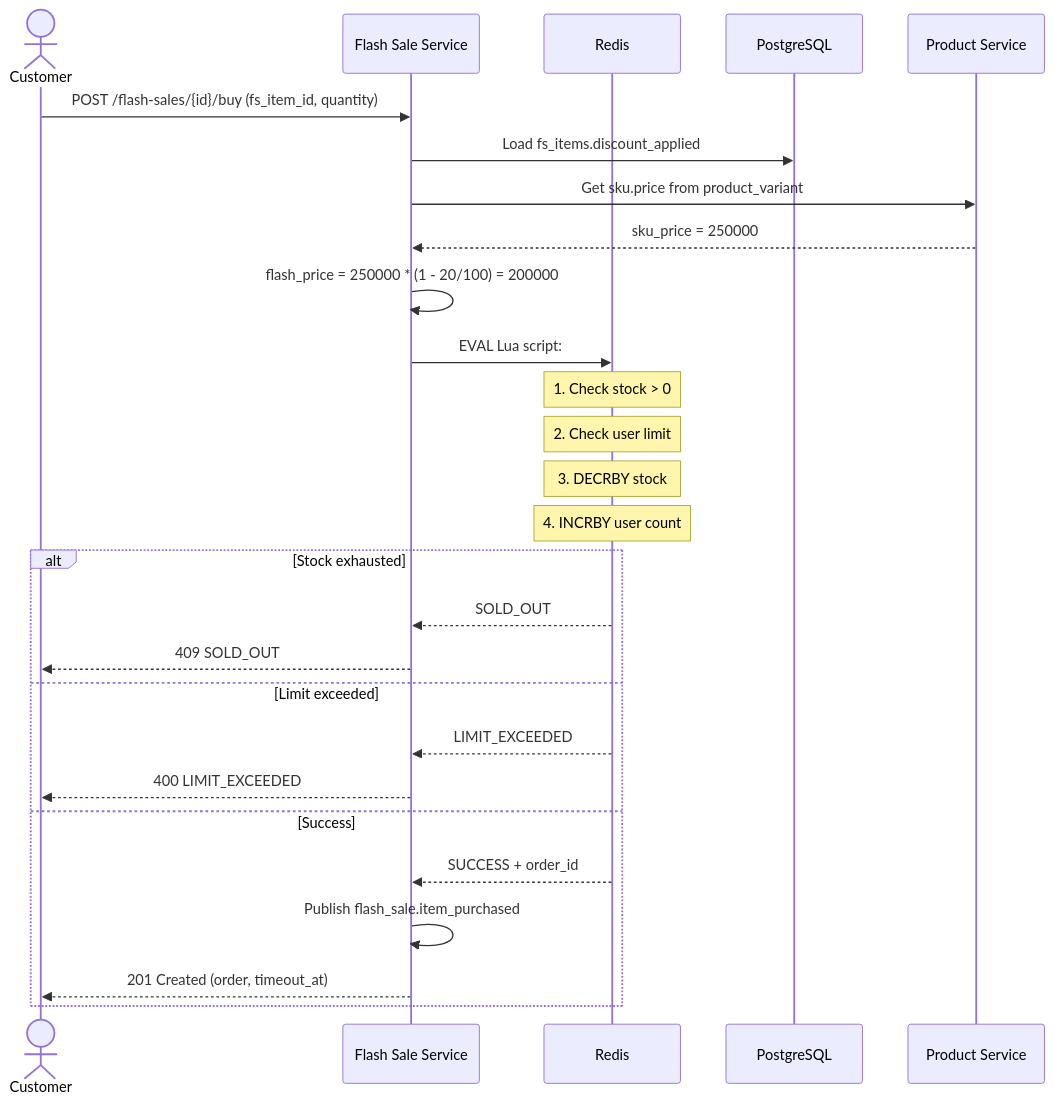
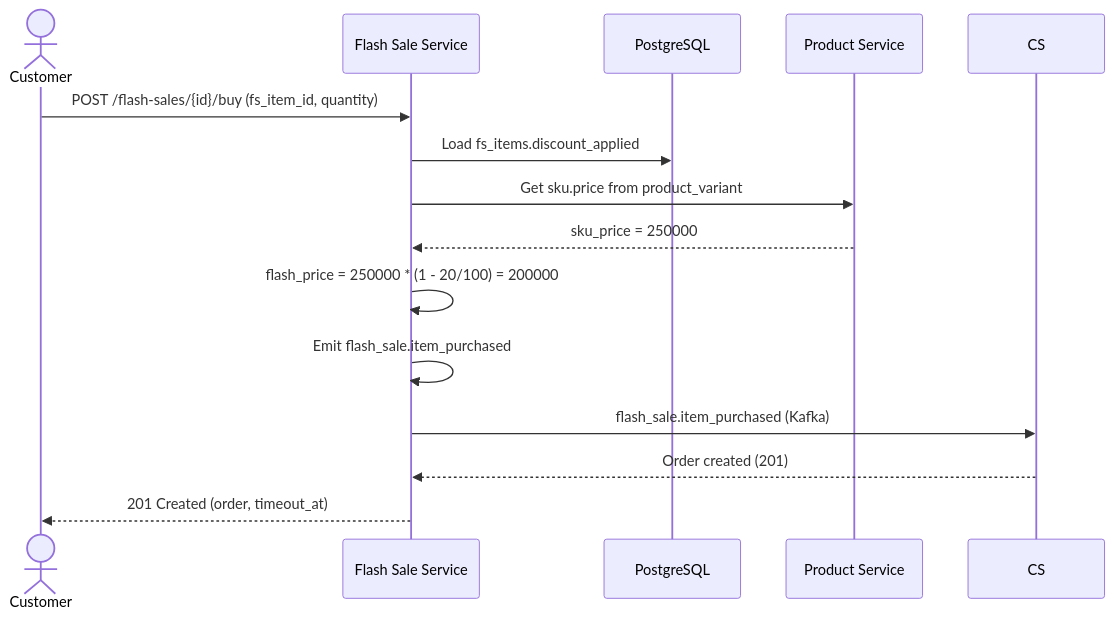
Diagram 15 of 15 in documents/overview/FLOWS.md (ldqanh1408/stealing-from-paradise), drawn with Mermaid before and after one commit. The commit also changed other lines of this file and 26 other files, not shown here.

````diff
--- a/documents/overview/FLOWS.md
+++ b/documents/overview/FLOWS.md
@@ -320,30 +319,17 @@
 ```mermaid
 sequenceDiagram
     actor Customer
     participant FS as Flash Sale Service
-    participant Redis
     participant PG as PostgreSQL
     participant PS as Product Service
 
     Customer->>FS: POST /flash-sales/{id}/buy (fs_item_id, quantity)
     FS->>PG: Load fs_items.discount_applied
     FS->>PS: Get sku.price from product_variant
     PS-->>FS: sku_price = 250000
     FS->>FS: flash_price = 250000 * (1 - 20/100) = 200000
-    FS->>Redis: EVAL Lua script:
-    Note over Redis: 1. Check stock > 0
-    Note over Redis: 2. Check user limit
-    Note over Redis: 3. DECRBY stock
-    Note over Redis: 4. INCRBY user count
-    alt Stock exhausted
-        Redis-->>FS: SOLD_OUT
-        FS-->>Customer: 409 SOLD_OUT
-    else Limit exceeded
-        Redis-->>FS: LIMIT_EXCEEDED
-        FS-->>Customer: 400 LIMIT_EXCEEDED
-    else Success
-        Redis-->>FS: SUCCESS + order_id
-        FS->>FS: Publish flash_sale.item_purchased
-        FS-->>Customer: 201 Created (order, timeout_at)
-    end
+    FS->>FS: Emit flash_sale.item_purchased
+    FS->>CS: flash_sale.item_purchased (Kafka)
+    CS-->>FS: Order created (201)
+    FS-->>Customer: 201 Created (order, timeout_at)
 ```
````
